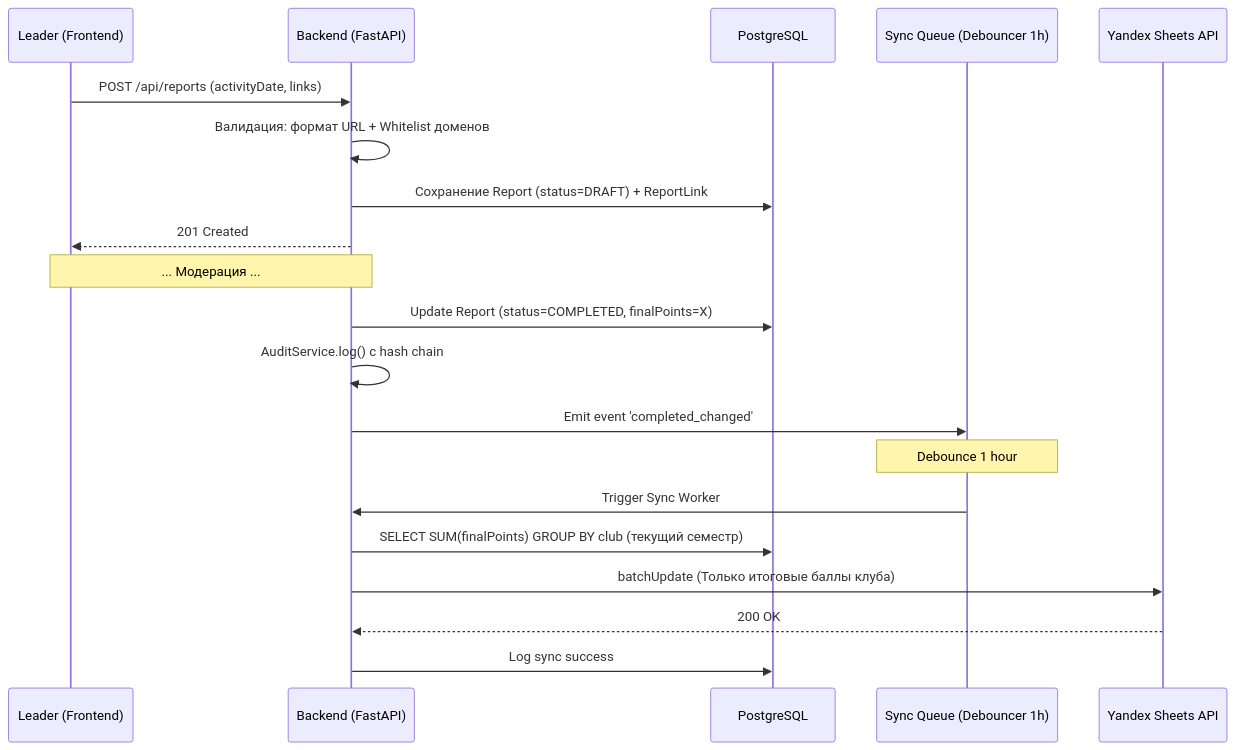
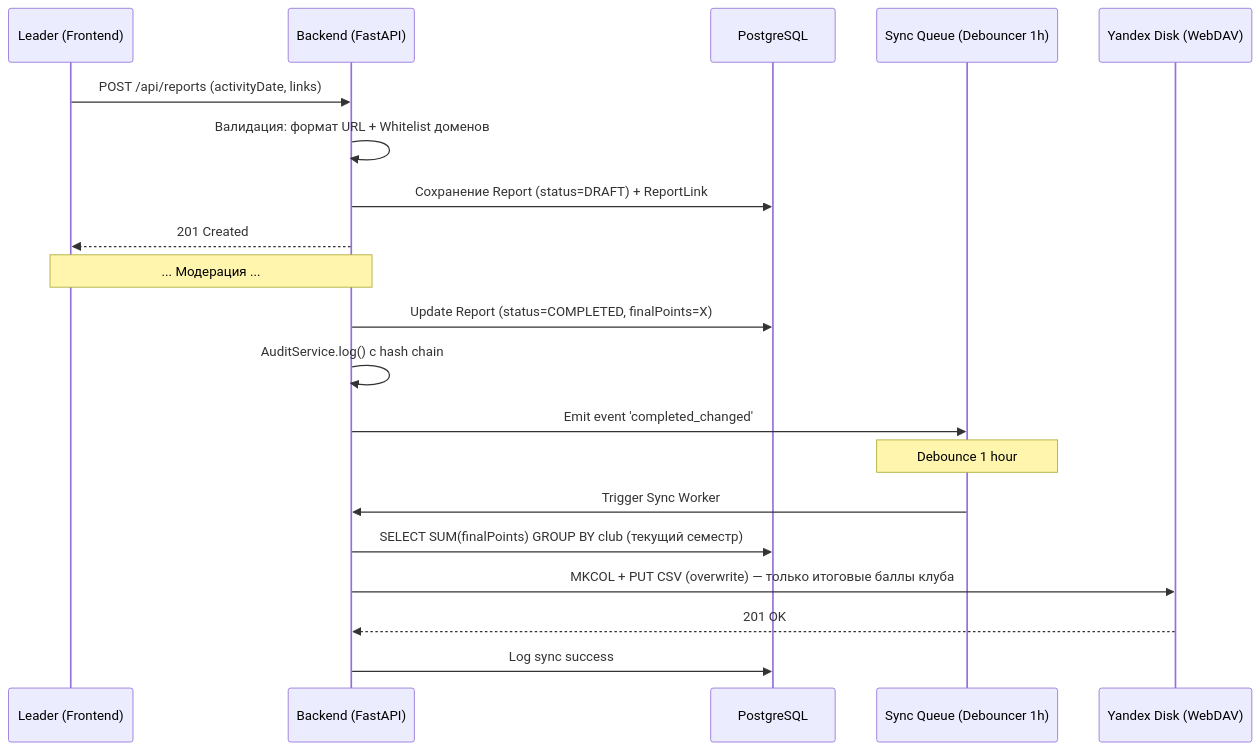
The second of 3 diagrams in docs/04_ARCHITECTURE.md (DaniK-51/club-league), drawn with Mermaid before and after one commit. The commit also changed 49 other files, not shown here.

First line of the commit message:
feat(api): align backend with architecture docs and close audit gaps

````diff
--- a/docs/04_ARCHITECTURE.md
+++ b/docs/04_ARCHITECTURE.md
@@ -30,27 +30,27 @@
 ```mermaid
 sequenceDiagram
     participant L as Leader (Frontend)
     participant BE as Backend (FastAPI)
     participant DB as PostgreSQL
     participant Q as Sync Queue (Debouncer 1h)
-    participant Y as Yandex Sheets API
+    participant Y as Yandex Disk (WebDAV)
 
     L->>BE: POST /api/reports (activityDate, links)
     BE->>BE: Валидация: формат URL + Whitelist доменов
     BE->>DB: Сохранение Report (status=DRAFT) + ReportLink
     BE-->>L: 201 Created
     
     Note over L,BE: ... Модерация ...
     
     BE->>DB: Update Report (status=COMPLETED, finalPoints=X)
     BE->>BE: AuditService.log() с hash chain
     BE->>Q: Emit event 'completed_changed'
     
     Note over Q: Debounce 1 hour
     
     Q->>BE: Trigger Sync Worker
     BE->>DB: SELECT SUM(finalPoints) GROUP BY club (текущий семестр)
-    BE->>Y: batchUpdate (Только итоговые баллы клуба)
-    Y-->>BE: 200 OK
+    BE->>Y: MKCOL + PUT CSV (overwrite) — только итоговые баллы клуба
+    Y-->>BE: 201 OK
     BE->>DB: Log sync success
 ```
````
